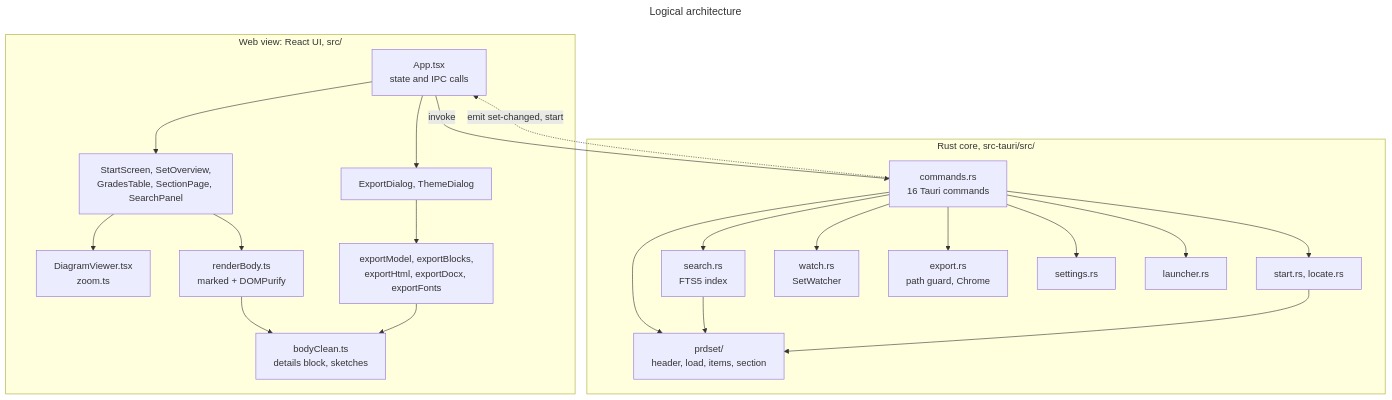
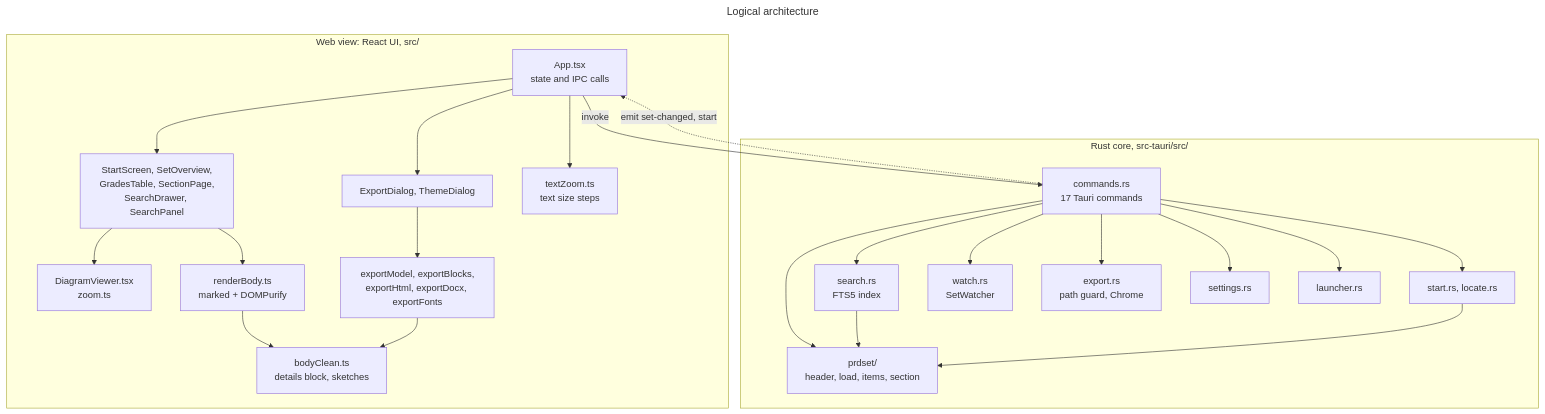
Before and after one commit to SpillwaveSolutions/prd-forge-viewer: the second of 20 diagrams in docs/designs/current_design_doc.md, drawn with Mermaid. The commit also changed other lines of this file and 8 other files, not shown here.

````diff
--- a/docs/designs/current_design_doc.md
+++ b/docs/designs/current_design_doc.md
@@ -192,43 +197,45 @@
 ```mermaid
 ---
 title: Logical architecture
 ---
 flowchart TB
     subgraph ui[Web view: React UI, src/]
         app[App.tsx<br/>state and IPC calls]
-        views[StartScreen, SetOverview,<br/>GradesTable, SectionPage, SearchPanel]
+        views[StartScreen, SetOverview,<br/>GradesTable, SectionPage,<br/>SearchDrawer, SearchPanel]
         dialogs[ExportDialog, ThemeDialog]
         diagram[DiagramViewer.tsx<br/>zoom.ts]
+        tz[textZoom.ts<br/>text size steps]
         render[renderBody.ts<br/>marked + DOMPurify]
         clean[bodyClean.ts<br/>details block, sketches]
         exp[exportModel, exportBlocks,<br/>exportHtml, exportDocx, exportFonts]
     end
     subgraph core[Rust core, src-tauri/src/]
-        cmd[commands.rs<br/>16 Tauri commands]
+        cmd[commands.rs<br/>17 Tauri commands]
         start[start.rs, locate.rs]
         prd[prdset/<br/>header, load, items, section]
         search[search.rs<br/>FTS5 index]
         watch[watch.rs<br/>SetWatcher]
         export[export.rs<br/>path guard, Chrome]
         settings[settings.rs]
         launcher[launcher.rs]
     end
     app --> views
+    app --> tz
     app --> dialogs
     views --> render
     views --> diagram
     render --> clean
     dialogs --> exp
     exp --> clean
     app -->|invoke| cmd
     cmd -.->|emit set-changed, start| app
     cmd --> start
     cmd --> prd
     cmd --> search
     cmd --> watch
     cmd --> export
     cmd --> settings
     cmd --> launcher
     search --> prd
     start --> prd
 ```
````
